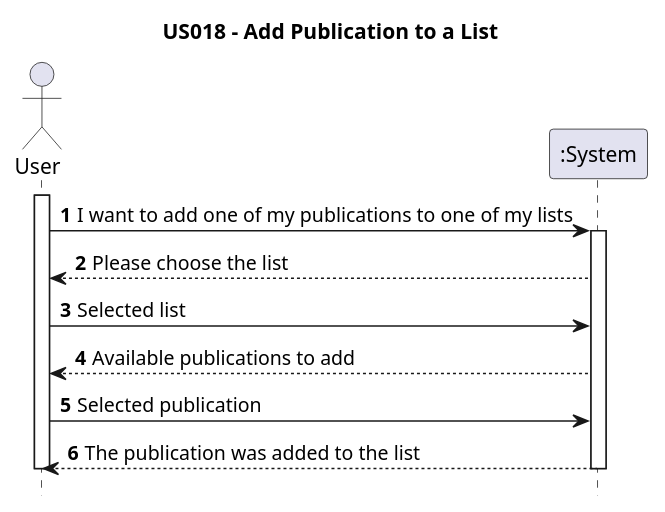
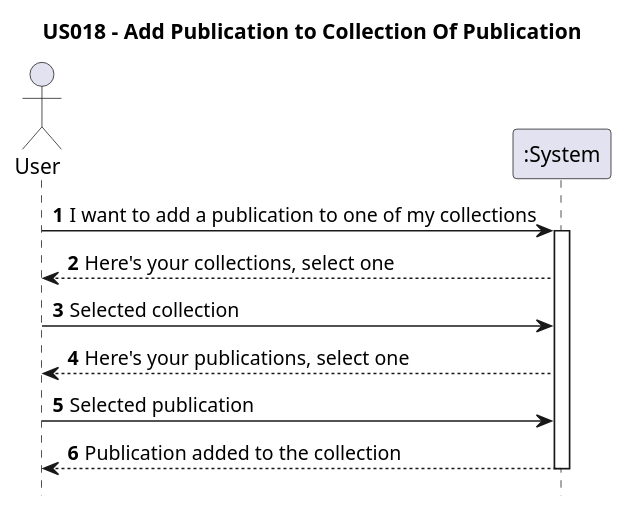
The diagram in Diagrams/SequenceDiagrams/N1/US018-to-add-publication-to-list.puml (AndrePereiraGitH/SWitCH-Project-Team_A), drawn with PlantUML before and after one commit. The commit also changed 5 other files, not shown here.

Commit message:
#88 #89 and #92 #94: update SSD (N1), sequence (N2) and class diagrams

```diff
--- a/Diagrams/SequenceDiagrams/N1/US018-to-add-publication-to-list.puml
+++ b/Diagrams/SequenceDiagrams/N1/US018-to-add-publication-to-list.puml
@@ -1,29 +1,25 @@
 @startuml
 
 autonumber
 hide footbox
 
-title US018 - Add Publication to a List
+title US018 - Add Publication to Collection Of Publication
 
 actor "User" as User
 participant ":System" as System
 
-activate User
-
-User -> System : I want to add one of my publications to one of my lists
+User -> System : I want to add a publication to one of my collections
 activate System
 
-System --> User : Please choose the list
+System --> User : Here's your collections, select one
 
-User -> System : Selected list
+User -> System : Selected collection
 
-System --> User : Available publications to add
+System --> User :  Here's your publications, select one
 
 User -> System : Selected publication
 
-System --> User : The publication was added to the list
+System --> User : Publication added to the collection
 deactivate System
 
-deactivate User
-
 @enduml
```
